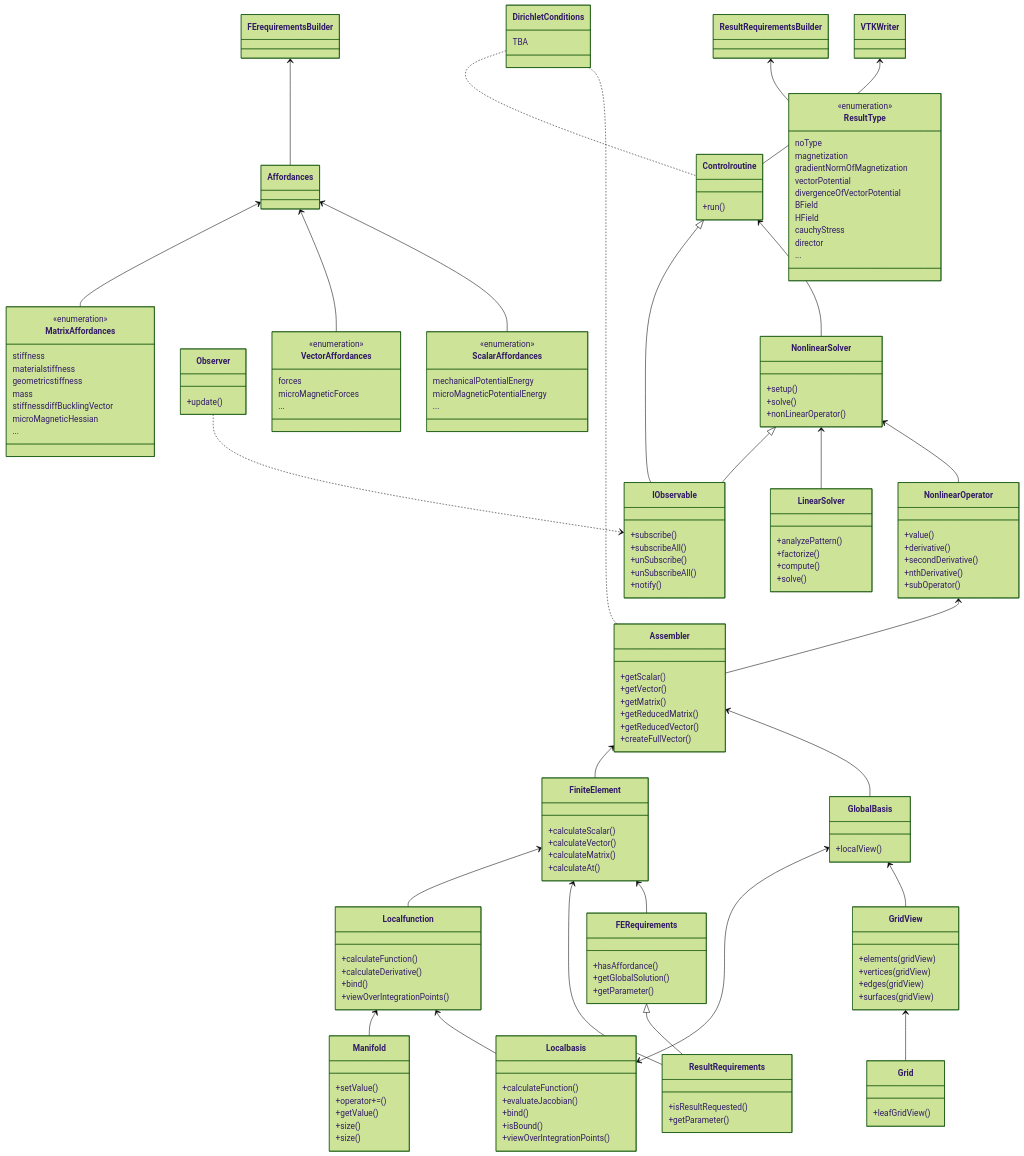
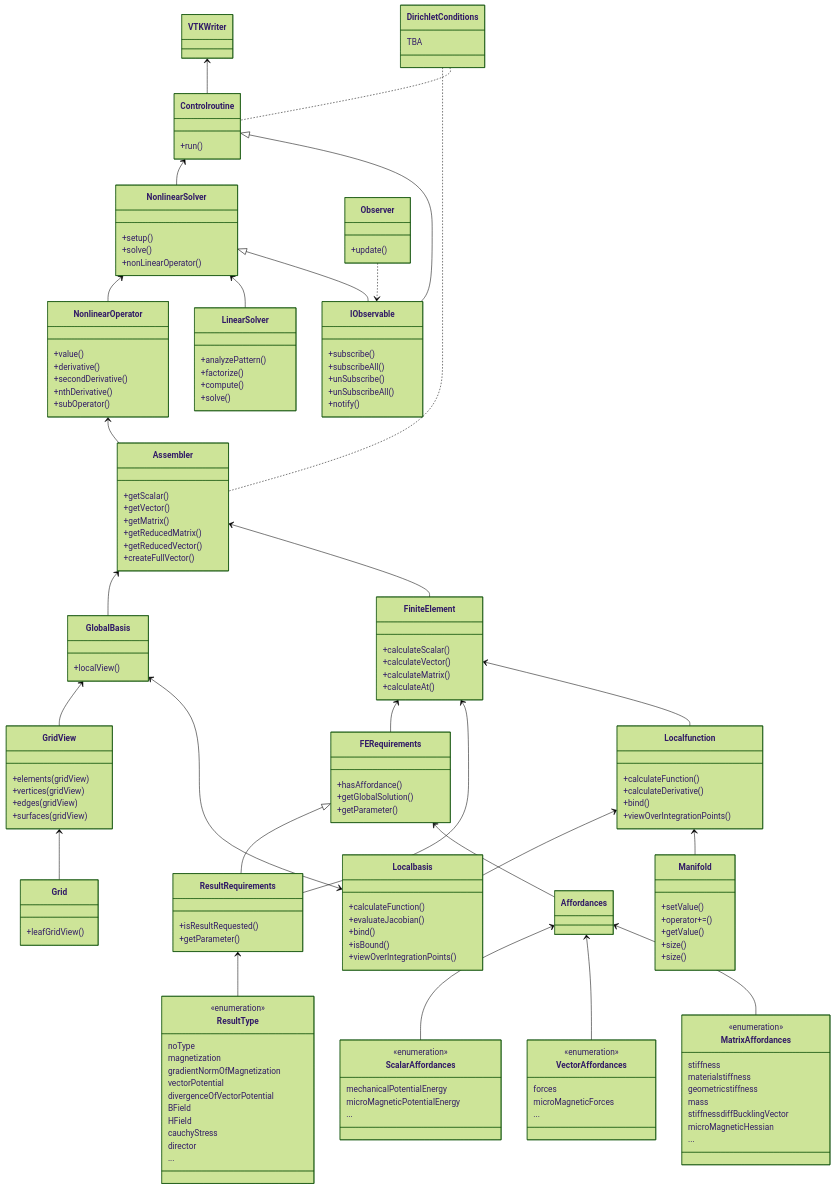
The diagram in docs/website/01_framework/index.md (ikarus-project/ikarus), drawn with Mermaid (forest theme) before and after one commit.

Commit message:
fix framework diagram

```diff
--- a/docs/website/01_framework/index.md
+++ b/docs/website/01_framework/index.md
@@ -28,11 +28,11 @@
   Controlroutine <|-- IObservable
   NonlinearSolver <|-- IObservable
   Observer ..> IObservable
-  FErequirementsBuilder <-- Affordances
+  FERequirements <-- Affordances
   Affordances <-- ScalarAffordances
   Affordances <-- VectorAffordances
   Affordances <-- MatrixAffordances
-  ResultRequirementsBuilder <-- ResultType
+  ResultRequirements <-- ResultType
   
   
   class ScalarAffordances{
@@ -189,9 +189,7 @@
 click Manifold href "../manifolds/" 
 click Localbasis href "../localBasis/" 
 click FERequirements href "../feRequirements/" 
-click FErequirementsBuilder href "../feRequirements/" 
 click ResultRequirements href "../feRequirements/#fe-result-requirements" 
-click ResultRequirementsBuilder href "../feRequirements/#fe-result-requirements" 
 click Affordances href "../feRequirements/" 
 click ResultType href "../feRequirements/" 
 click IObservable href "../observer/#iobservable" 
```
